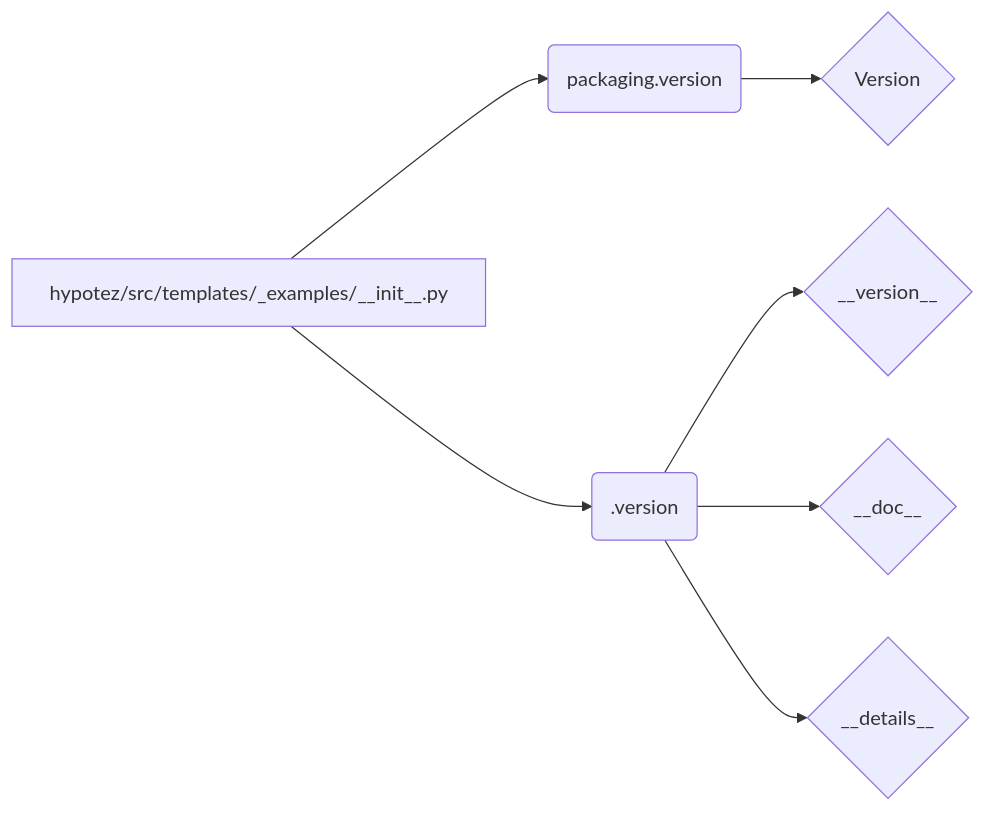
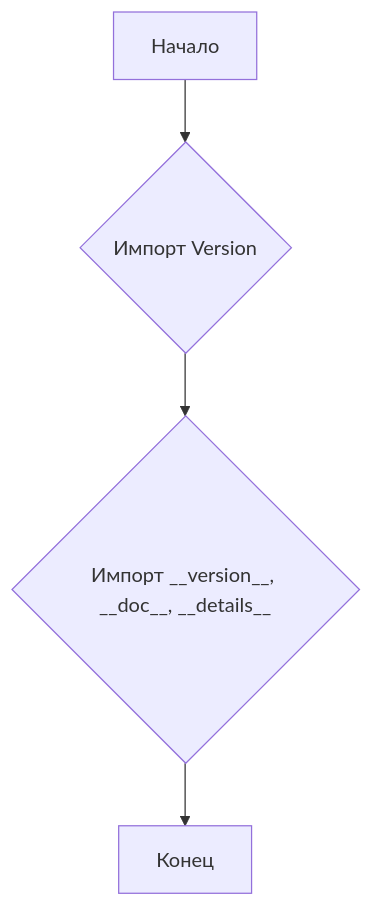
One commit to hypo69/hypo changed the diagram in docs/gemini/ru/explainer/src/templates/_examples/__init__.md. Above: the diagram before and after it, drawn with Mermaid. The commit also changed other lines of this file and 311 other files, not shown here.

````diff
--- a/docs/gemini/ru/explainer/src/templates/_examples/__init__.md
+++ b/docs/gemini/ru/explainer/src/templates/_examples/__init__.md
@@ -69,9 +62,6 @@
 ```mermaid
-graph LR
-    A[hypotez/src/templates/_examples/__init__.py] --> B(packaging.version);
-    A --> C(.version);
-    B --> D{Version};
-    C --> E{__version__};
-    C --> F{__doc__};
-    C --> G{__details__};
+graph TD
+    A[Начало] --> B{Импорт Version};
+    B --> C{Импорт __version__, __doc__, __details__};
+    C --> D[Конец];
 ```
````
